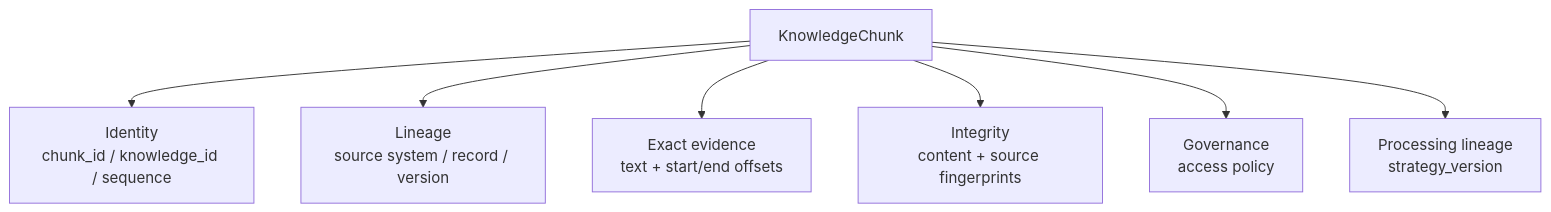
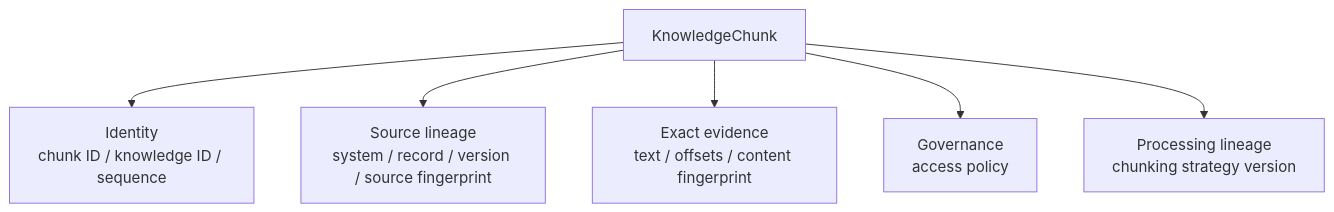
Before and after one commit to kumarchandansingh/tropos: the third of 8 diagrams in docs/architecture/KNOWLEDGE_MODEL.md, drawn with Mermaid. The commit also changed other lines of this file and 11 other files, not shown here.

````diff
--- a/docs/architecture/KNOWLEDGE_MODEL.md
+++ b/docs/architecture/KNOWLEDGE_MODEL.md
@@ -130,10 +85,9 @@
 ```mermaid
 flowchart TB
     KC[KnowledgeChunk]
-    KC --> I[Identity<br/>chunk_id / knowledge_id / sequence]
-    KC --> L[Lineage<br/>source system / record / version]
-    KC --> X[Exact evidence<br/>text + start/end offsets]
-    KC --> F[Integrity<br/>content + source fingerprints]
+    KC --> I[Identity<br/>chunk ID / knowledge ID / sequence]
+    KC --> SL[Source lineage<br/>system / record / version / source fingerprint]
+    KC --> E[Exact evidence<br/>text / offsets / content fingerprint]
     KC --> G[Governance<br/>access policy]
-    KC --> P[Processing lineage<br/>strategy_version]
+    KC --> PL[Processing lineage<br/>chunking strategy version]
 ```
````
